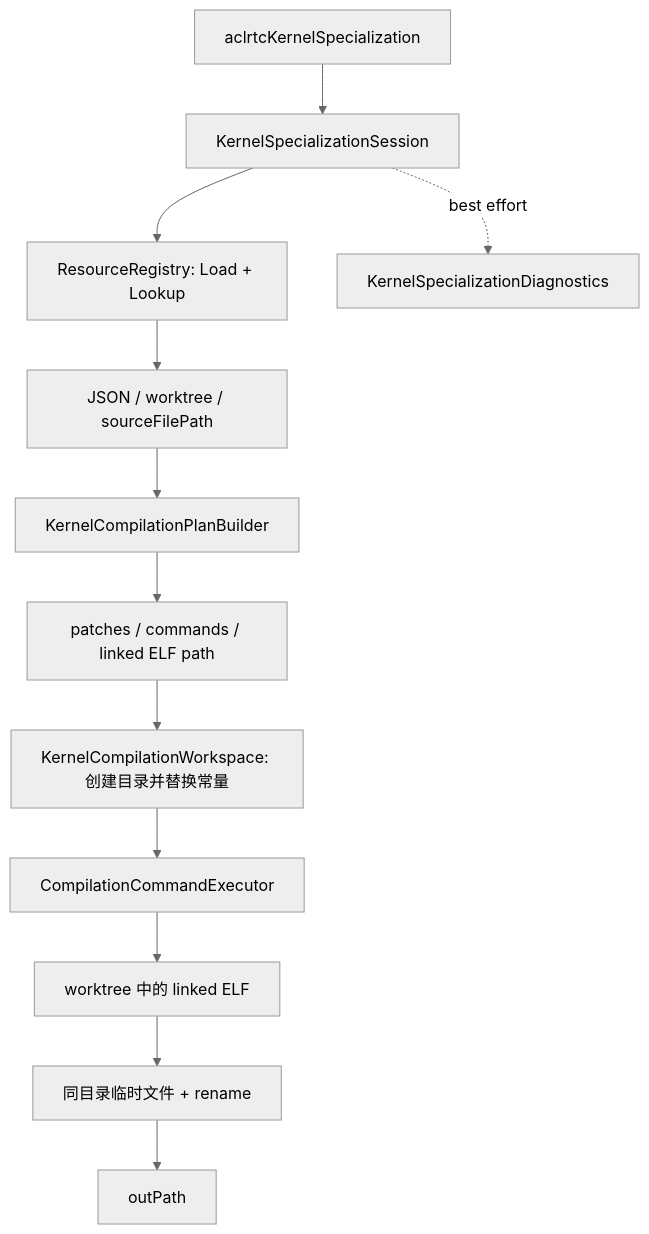
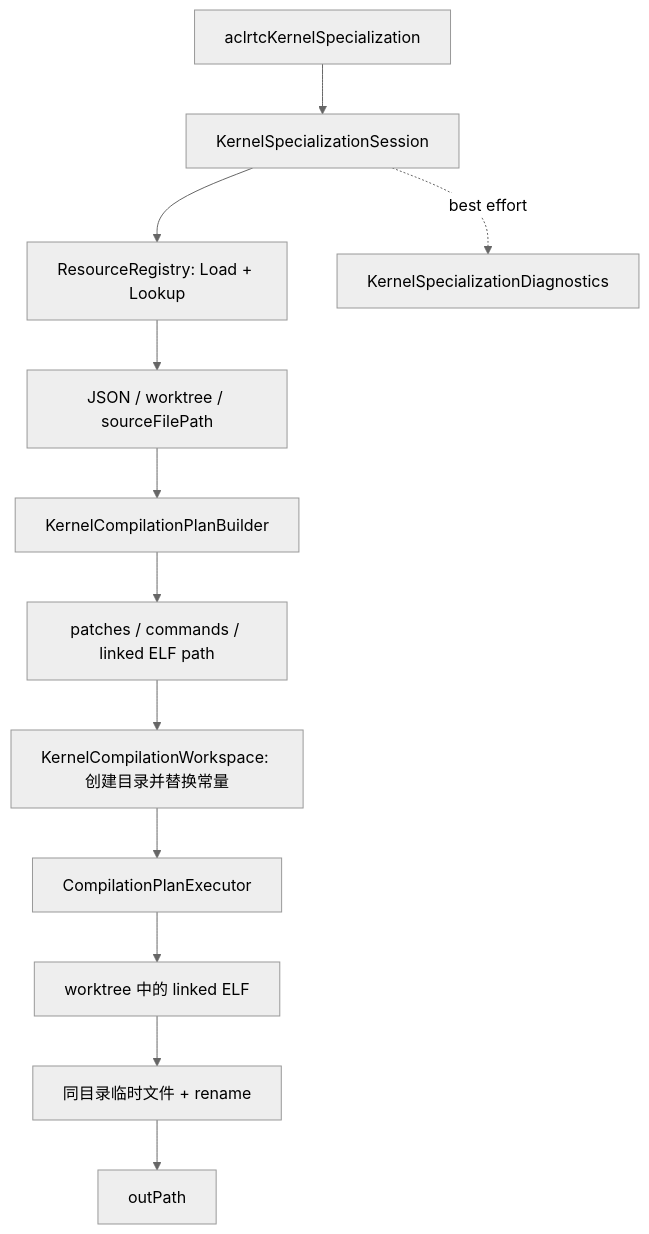
The diagram in tools/aclrtc/specialization/README.md (qingshangyan12/asc-devkit_clone), drawn with Mermaid (neutral theme) before and after one commit. The commit also changed other lines of this file and 18 other files, not shown here.

````diff
--- a/tools/aclrtc/specialization/README.md
+++ b/tools/aclrtc/specialization/README.md
@@ -63,14 +63,14 @@
 ```mermaid
 flowchart TD
     API[aclrtcKernelSpecialization] --> SESSION[KernelSpecializationSession]
     SESSION --> REGISTRY[ResourceRegistry: Load + Lookup]
     REGISTRY --> DATA[JSON / worktree / sourceFilePath]
     DATA --> BUILDER[KernelCompilationPlanBuilder]
     BUILDER --> PLAN[patches / commands / linked ELF path]
     PLAN --> WORKSPACE[KernelCompilationWorkspace: 创建目录并替换常量]
-    WORKSPACE --> EXECUTOR[CompilationCommandExecutor]
+    WORKSPACE --> EXECUTOR[CompilationPlanExecutor]
     EXECUTOR --> ELF[worktree 中的 linked ELF]
     ELF --> PUBLISH[同目录临时文件 + rename]
     PUBLISH --> OUTPUT[outPath]
     SESSION -. best effort .-> DFX[KernelSpecializationDiagnostics]
 ```
````
